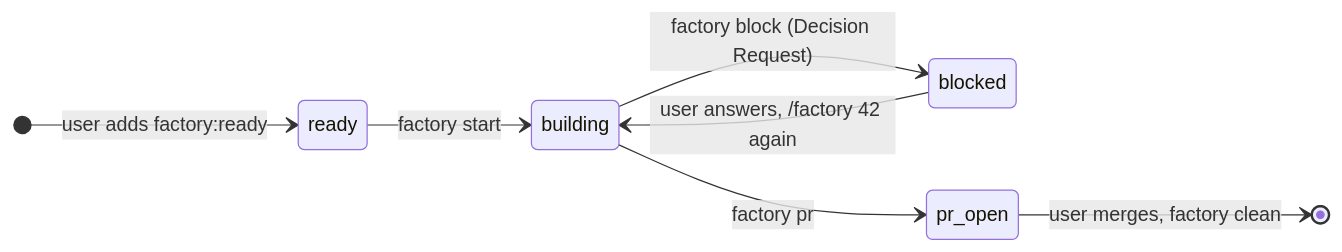
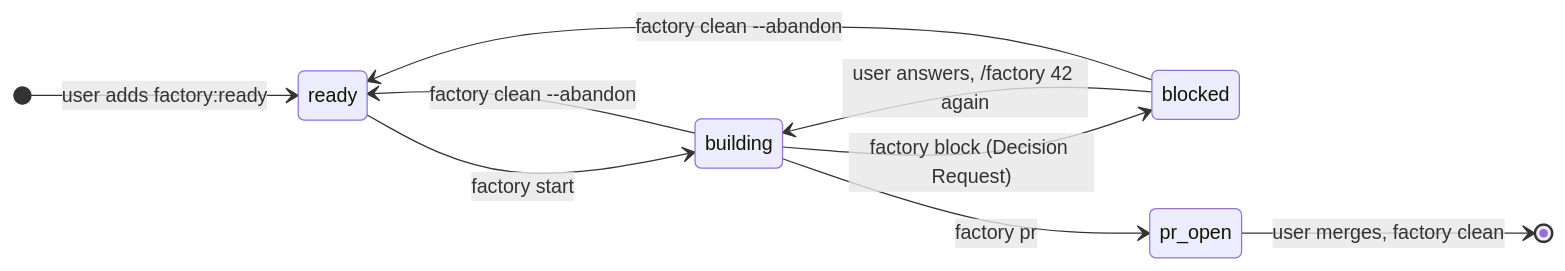
Before and after one commit to moralesbang/wandr: the sixth of 7 diagrams in factory/README.md, drawn with Mermaid. The commit also changed other lines of this file and 1 other file, not shown here.

Commit message:
docs(factory): record V1.2

````diff
--- a/factory/README.md
+++ b/factory/README.md
@@ -290,10 +290,12 @@
 ```mermaid
 stateDiagram-v2
     direction LR
     [*] --> ready: user adds factory:ready
     ready --> building: factory start
     building --> blocked: factory block (Decision Request)
     blocked --> building: user answers, /factory 42 again
     building --> pr_open: factory pr
     pr_open --> [*]: user merges, factory clean
+    building --> ready: factory clean --abandon
+    blocked --> ready: factory clean --abandon
 ```
````
